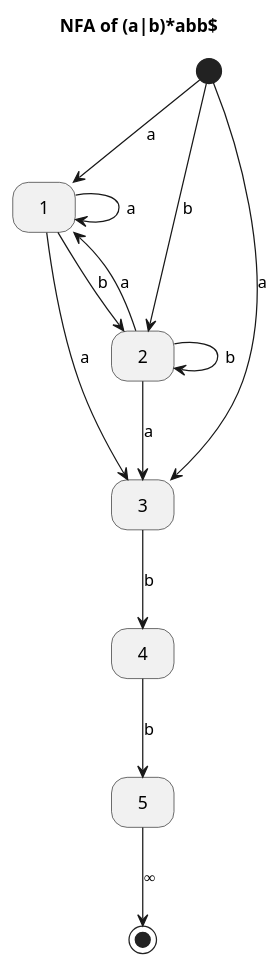
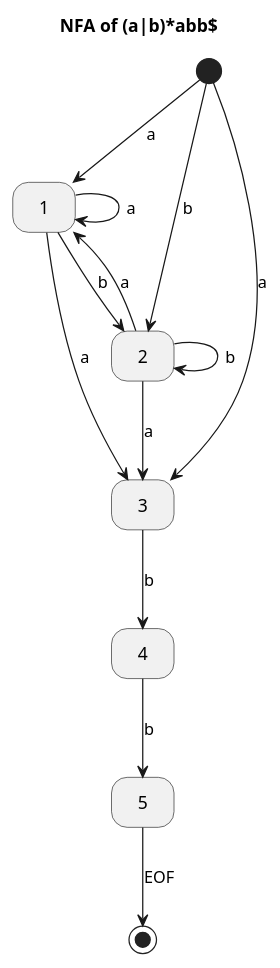
The diagram in doc/nfa.plantuml (light0x00/light-regex), drawn with PlantUML before and after one commit. The commit also changed 10 other files, not shown here.

```diff
--- a/doc/nfa.plantuml
+++ b/doc/nfa.plantuml
@@ -1,21 +1,21 @@
 @startuml
 hide empty description
 title NFA of (a|b)*abb$
 state 1
 state 2
 state 3
 state 4
 state 5
 [*]-down->1 : a
 [*]-down->2 : b
 [*]-down->3 : a
 1-down->3 : a
 1-down->1 : a
 1-down->2 : b
 2-down->3 : a
 2-down->1 : a
 2-down->2 : b
 3-down->4 : b
 4-down->5 : b
-5-down->[*] : ∞
+5-down->[*] : EOF
 @enduml
```
